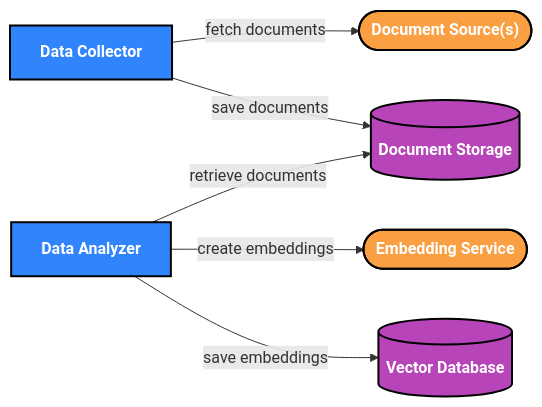
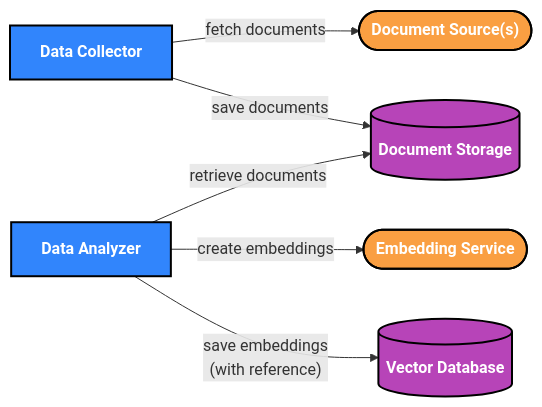
Before and after one commit to initialcapacity/news-analyzer: the second of 3 diagrams in README.md, drawn with Mermaid.

Commit message:
Add detail to data collector diagram

````diff
--- a/README.md
+++ b/README.md
@@ -56,26 +56,26 @@
 ```mermaid
 flowchart LR
     embeddings([Embedding Service])
     docs(["Document Source(s)"])
     vdb[(Vector Database)]
     db[(Document Storage)]
     collector[Data Collector]
     analyzer[Data Analyzer]
     
     collector -- fetch documents --> docs
     collector -- save documents --> db
     analyzer -- retrieve documents --> db
     analyzer -- create embeddings --> embeddings
-    analyzer -- save embeddings --> vdb
+    analyzer -- "save embeddings \n (with reference)" --> vdb
 
     classDef node font-weight:bold,color:white,stroke:black,stroke-width:2px;
     classDef app fill:#3185FC;
     classDef db fill:#B744B8;
     class app,collector,analyzer app;
     classDef external fill:#FA9F42;
     classDef user fill:#ED6A5A;
 
     class db,vdb db;
     class docs,embeddings external;
     class user user;
 ```
````
